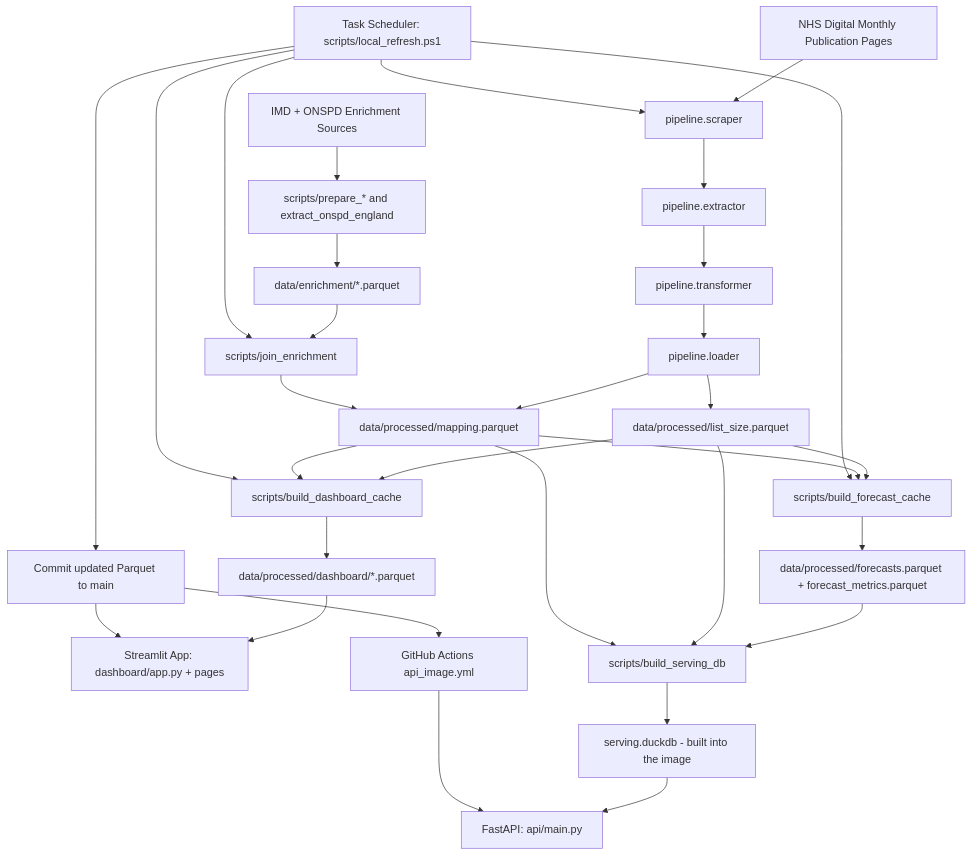
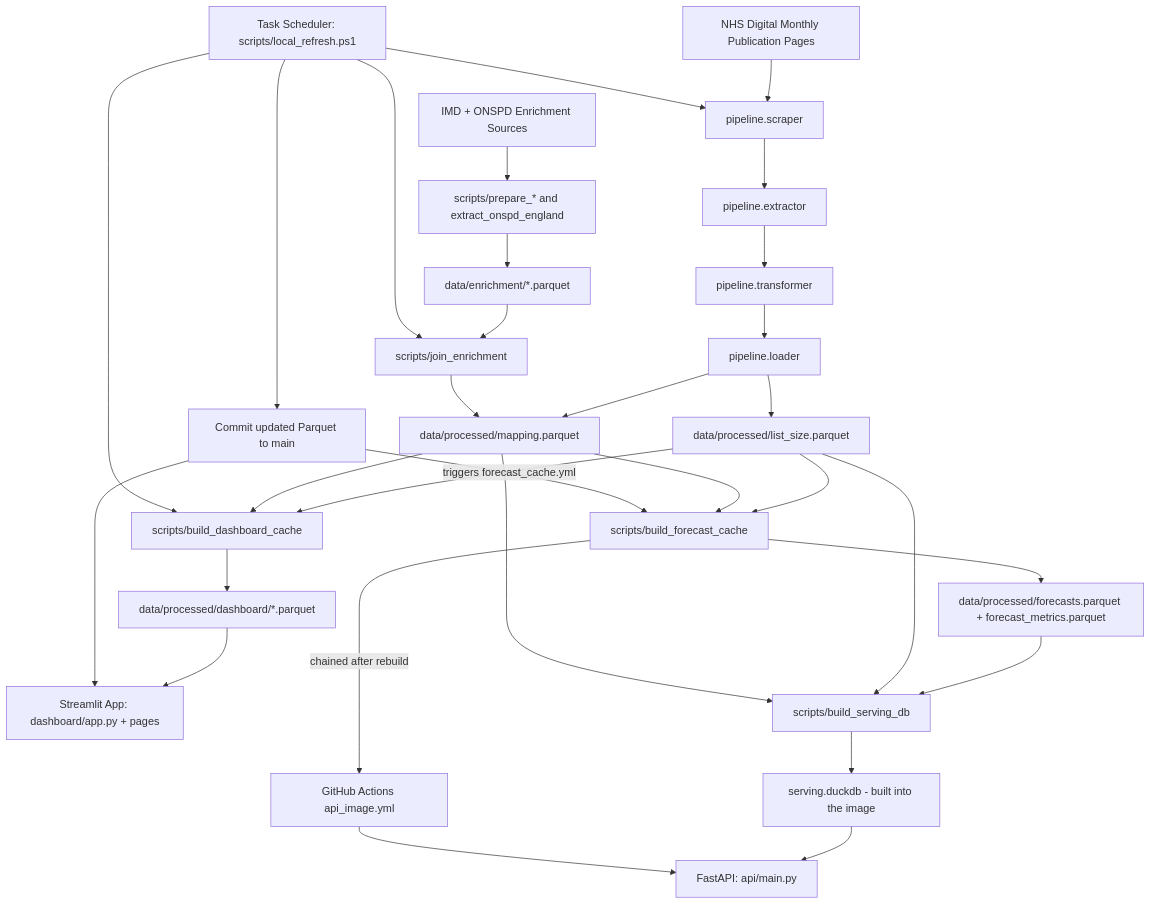
The diagram in README.md (jad-22/nhs-gp-analytics), drawn with Mermaid before and after one commit. The commit also changed other lines of this file and 1 other file, not shown here.

````diff
--- a/README.md
+++ b/README.md
@@ -27,36 +29,36 @@
 ```mermaid
 flowchart TD
 	A[NHS Digital Monthly Publication Pages] --> B[pipeline.scraper]
 	B --> C[pipeline.extractor]
 	C --> D[pipeline.transformer]
 	D --> E[pipeline.loader]
 	E --> F[data/processed/list_size.parquet]
 	E --> G[data/processed/mapping.parquet]
 
 	H[IMD + ONSPD Enrichment Sources] --> I[scripts/prepare_* and extract_onspd_england]
 	I --> J[data/enrichment/*.parquet]
 	J --> K[scripts/join_enrichment]
 	K --> G
 
 	F --> L[scripts/build_dashboard_cache]
 	G --> L
 	L --> M[data/processed/dashboard/*.parquet]
 
 	M --> N[Streamlit App: dashboard/app.py + pages]
 	O[Task Scheduler: scripts/local_refresh.ps1] --> B
 	O --> K
 	O --> L
 	O --> P[Commit updated Parquet to main]
 	P --> N
 
 	F --> Q[scripts/build_forecast_cache]
 	G --> Q
 	Q --> R[data/processed/forecasts.parquet + forecast_metrics.parquet]
-	O --> Q
+	P -->|triggers forecast_cache.yml| Q
 	R --> S[scripts/build_serving_db]
 	F --> S
 	G --> S
 	S --> T[serving.duckdb - built into the image]
 	T --> U[FastAPI: api/main.py]
-	P --> V[GitHub Actions api_image.yml] --> U
+	Q -->|chained after rebuild| V[GitHub Actions api_image.yml] --> U
 ```
````
